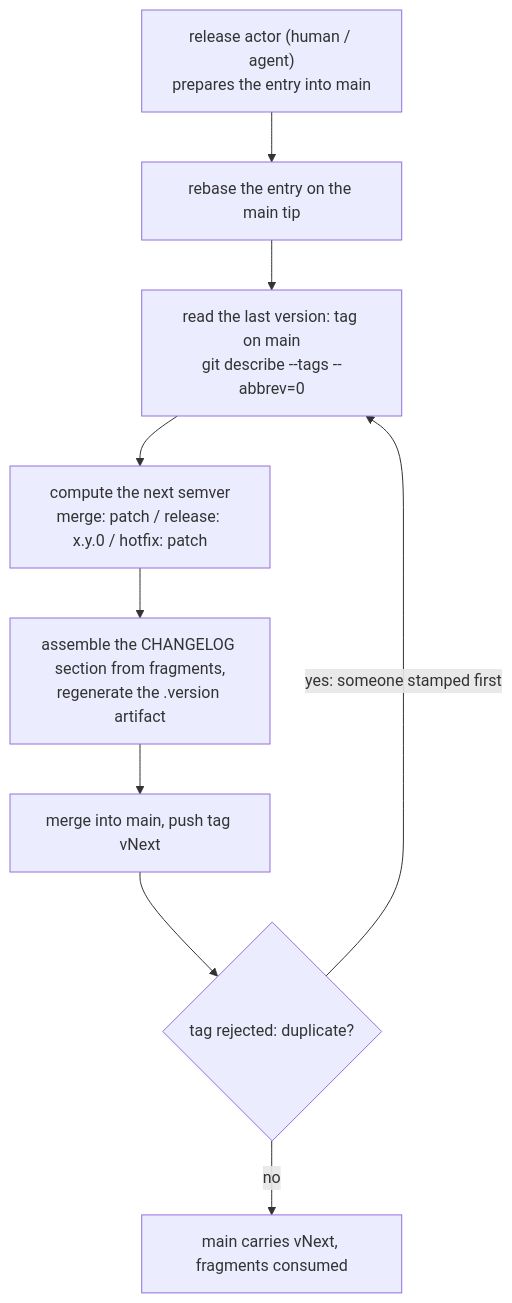
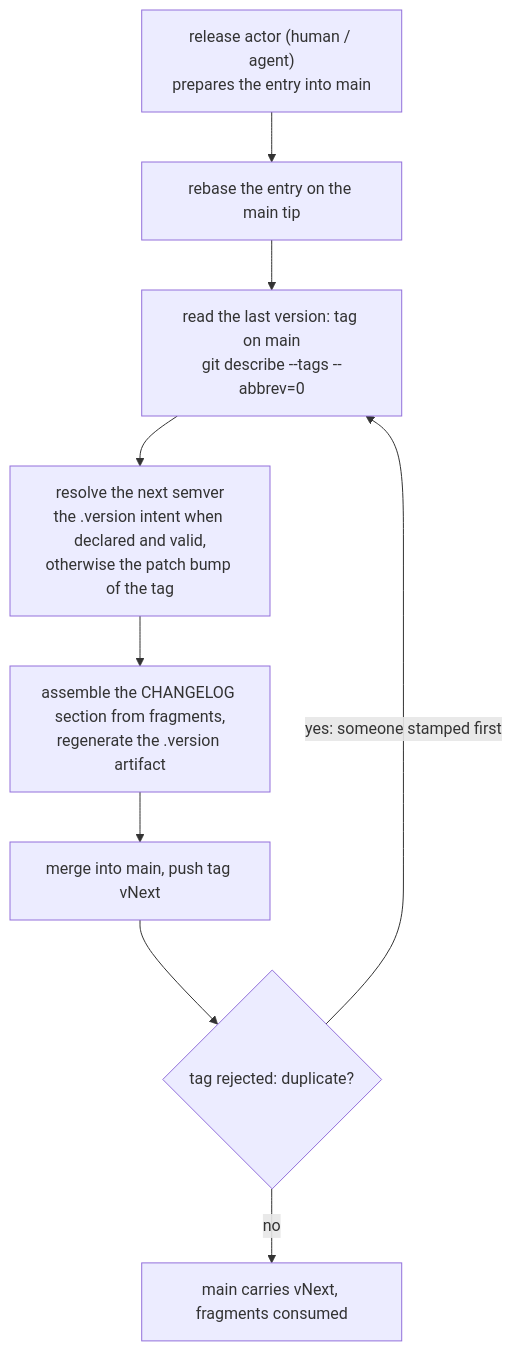
One commit to rosinfotech/standards changed the diagram in standards/git-flow-standard/rule-2610092122.md. Above: the diagram before and after it, drawn with Mermaid. The commit also changed other lines of this file and 48 other files, not shown here.

Commit message:
0.6.0: Changed: The Git Flow Standard renamed to self-describing variant names

````diff
--- a/standards/git-flow-standard/rule-2610092122.md
+++ b/standards/git-flow-standard/rule-2610092122.md
@@ -43,11 +53,11 @@
     ```mermaid
     flowchart TD
         A["release actor (human / agent)<br>prepares the entry into main"] --> B["rebase the entry on the main tip"]
         B --> C["read the last version: tag on main<br>git describe --tags --abbrev=0"]
-        C --> D["compute the next semver<br>merge: patch / release: x.y.0 / hotfix: patch"]
+        C --> D["resolve the next semver<br>the .version intent when declared and valid,<br>otherwise the patch bump of the tag"]
         D --> E["assemble the CHANGELOG section from fragments,<br>regenerate the .version artifact"]
         E --> F["merge into main, push tag vNext"]
         F --> G{"tag rejected: duplicate?"}
         G -->|"yes: someone stamped first"| C
         G -->|"no"| H["main carries vNext, fragments consumed"]
     ```
````
